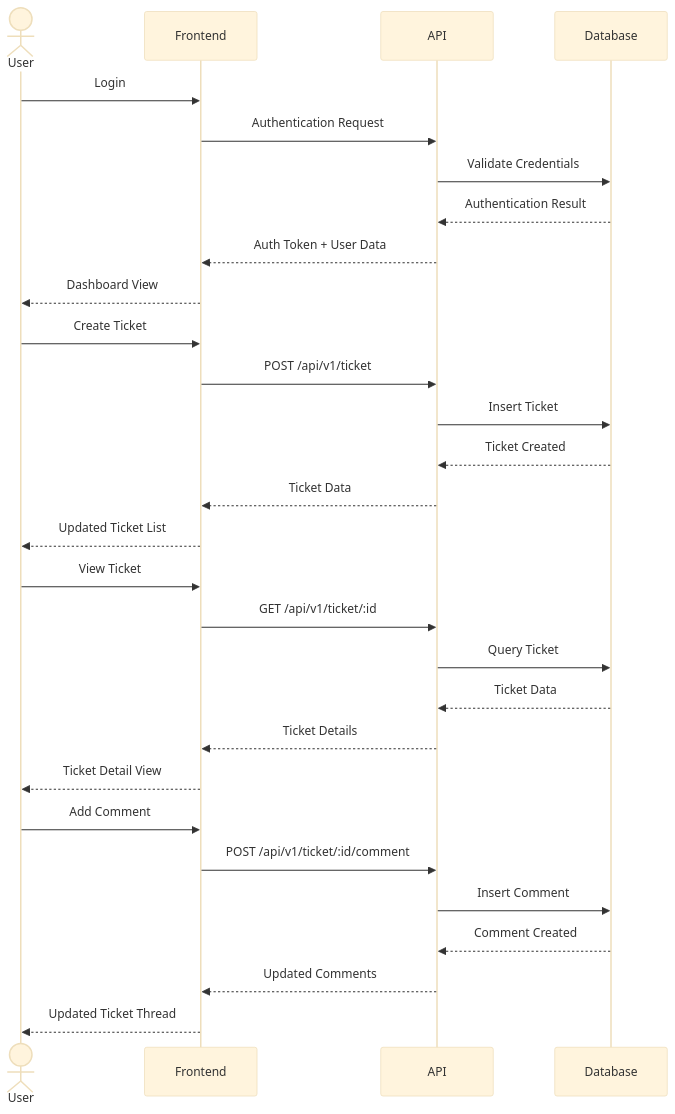
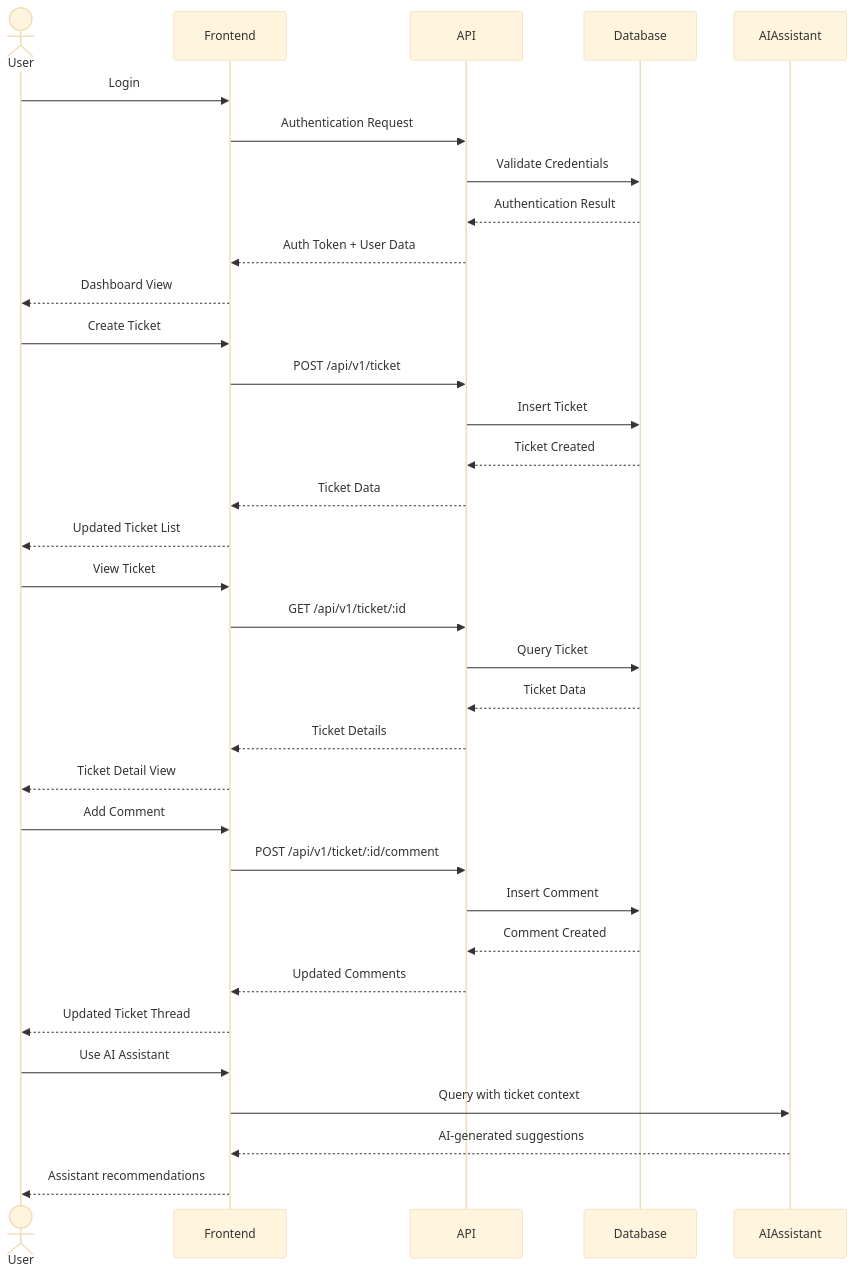
One commit to Best-Company-A-S/masterticket changed the third of 3 diagrams in README.md. Above: the diagram before and after it, drawn with Mermaid (base theme). The commit also changed other lines of this file and 9 other files, not shown here.

````diff
--- a/README.md
+++ b/README.md
@@ -160,35 +163,41 @@
 ```mermaid
 sequenceDiagram
     actor User
     participant Frontend
     participant API
     participant Database
+    participant AIAssistant
 
     User->>Frontend: Login
     Frontend->>API: Authentication Request
     API->>Database: Validate Credentials
     Database-->>API: Authentication Result
     API-->>Frontend: Auth Token + User Data
     Frontend-->>User: Dashboard View
 
     User->>Frontend: Create Ticket
     Frontend->>API: POST /api/v1/ticket
     API->>Database: Insert Ticket
     Database-->>API: Ticket Created
     API-->>Frontend: Ticket Data
     Frontend-->>User: Updated Ticket List
 
     User->>Frontend: View Ticket
     Frontend->>API: GET /api/v1/ticket/:id
     API->>Database: Query Ticket
     Database-->>API: Ticket Data
     API-->>Frontend: Ticket Details
     Frontend-->>User: Ticket Detail View
 
     User->>Frontend: Add Comment
     Frontend->>API: POST /api/v1/ticket/:id/comment
     API->>Database: Insert Comment
     Database-->>API: Comment Created
     API-->>Frontend: Updated Comments
     Frontend-->>User: Updated Ticket Thread
+
+    User->>Frontend: Use AI Assistant
+    Frontend->>AIAssistant: Query with ticket context
+    AIAssistant-->>Frontend: AI-generated suggestions
+    Frontend-->>User: Assistant recommendations
 ```
````
